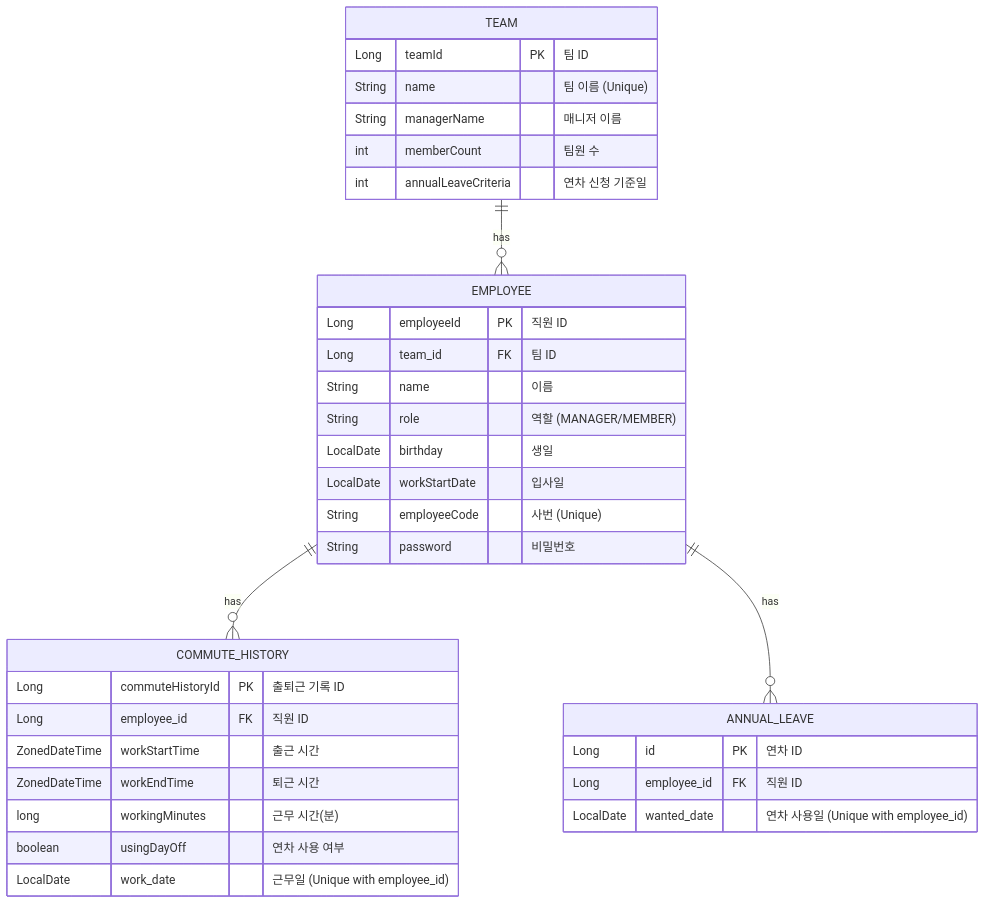
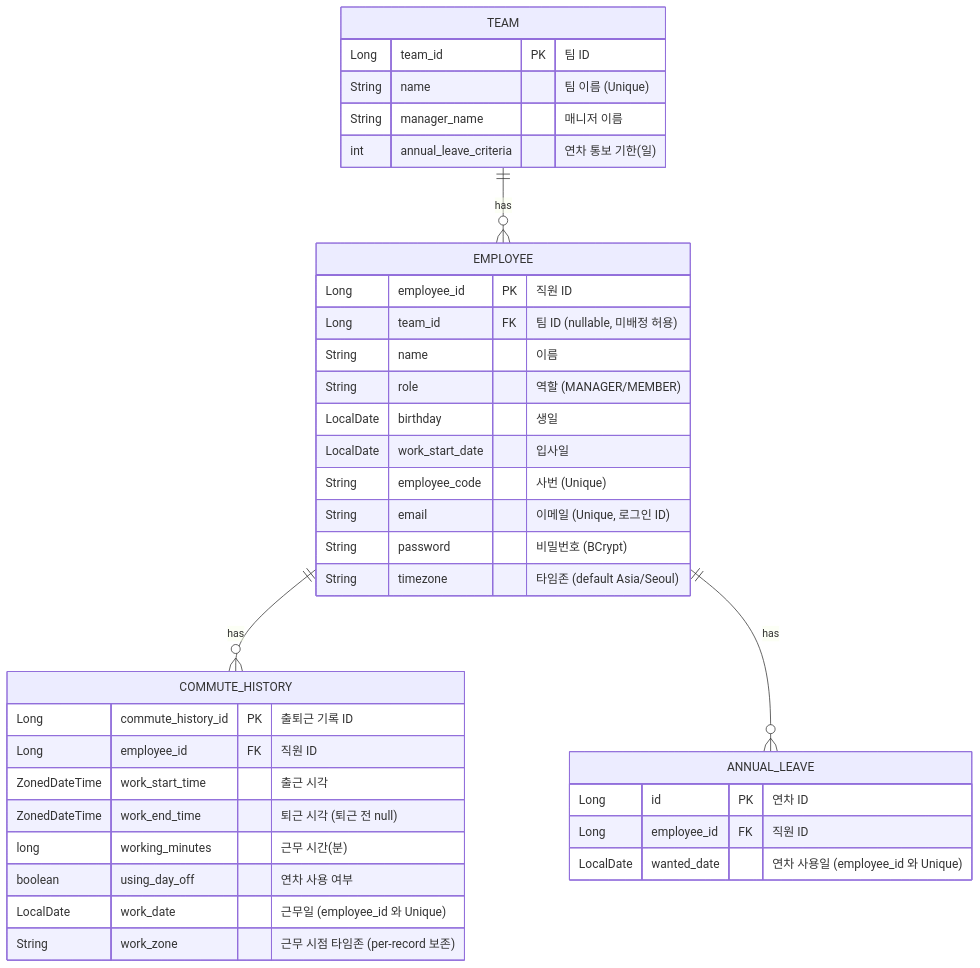
The first of 2 diagrams in README.md (limhjun/office-commute), drawn with Mermaid before and after one commit. The commit also changed other lines of this file, not shown here.

````diff
--- a/README.md
+++ b/README.md
@@ -81,41 +94,43 @@
 ```mermaid
 erDiagram
     EMPLOYEE {
-        Long employeeId PK "직원 ID"
-        Long team_id FK "팀 ID"
+        Long employee_id PK "직원 ID"
+        Long team_id FK "팀 ID (nullable, 미배정 허용)"
         String name "이름"
         String role "역할 (MANAGER/MEMBER)"
         LocalDate birthday "생일"
-        LocalDate workStartDate "입사일"
-        String employeeCode "사번 (Unique)"
-        String password "비밀번호"
+        LocalDate work_start_date "입사일"
+        String employee_code "사번 (Unique)"
+        String email "이메일 (Unique, 로그인 ID)"
+        String password "비밀번호 (BCrypt)"
+        String timezone "타임존 (default Asia/Seoul)"
     }
 
     TEAM {
-        Long teamId PK "팀 ID"
+        Long team_id PK "팀 ID"
         String name "팀 이름 (Unique)"
-        String managerName "매니저 이름"
-        int memberCount "팀원 수"
-        int annualLeaveCriteria "연차 신청 기준일"
+        String manager_name "매니저 이름"
+        int annual_leave_criteria "연차 통보 기한(일)"
     }
 
     COMMUTE_HISTORY {
-        Long commuteHistoryId PK "출퇴근 기록 ID"
+        Long commute_history_id PK "출퇴근 기록 ID"
         Long employee_id FK "직원 ID"
-        ZonedDateTime workStartTime "출근 시간"
-        ZonedDateTime workEndTime "퇴근 시간"
-        long workingMinutes "근무 시간(분)"
-        boolean usingDayOff "연차 사용 여부"
-        LocalDate work_date "근무일 (Unique with employee_id)"
+        ZonedDateTime work_start_time "출근 시각"
+        ZonedDateTime work_end_time "퇴근 시각 (퇴근 전 null)"
+        long working_minutes "근무 시간(분)"
+        boolean using_day_off "연차 사용 여부"
+        LocalDate work_date "근무일 (employee_id 와 Unique)"
+        String work_zone "근무 시점 타임존 (per-record 보존)"
     }
 
     ANNUAL_LEAVE {
         Long id PK "연차 ID"
         Long employee_id FK "직원 ID"
-        LocalDate wanted_date "연차 사용일 (Unique with employee_id)"
+        LocalDate wanted_date "연차 사용일 (employee_id 와 Unique)"
     }
 
     EMPLOYEE ||--o{ COMMUTE_HISTORY : "has"
     EMPLOYEE ||--o{ ANNUAL_LEAVE : "has"
     TEAM ||--o{ EMPLOYEE : "has"
 ```
````
